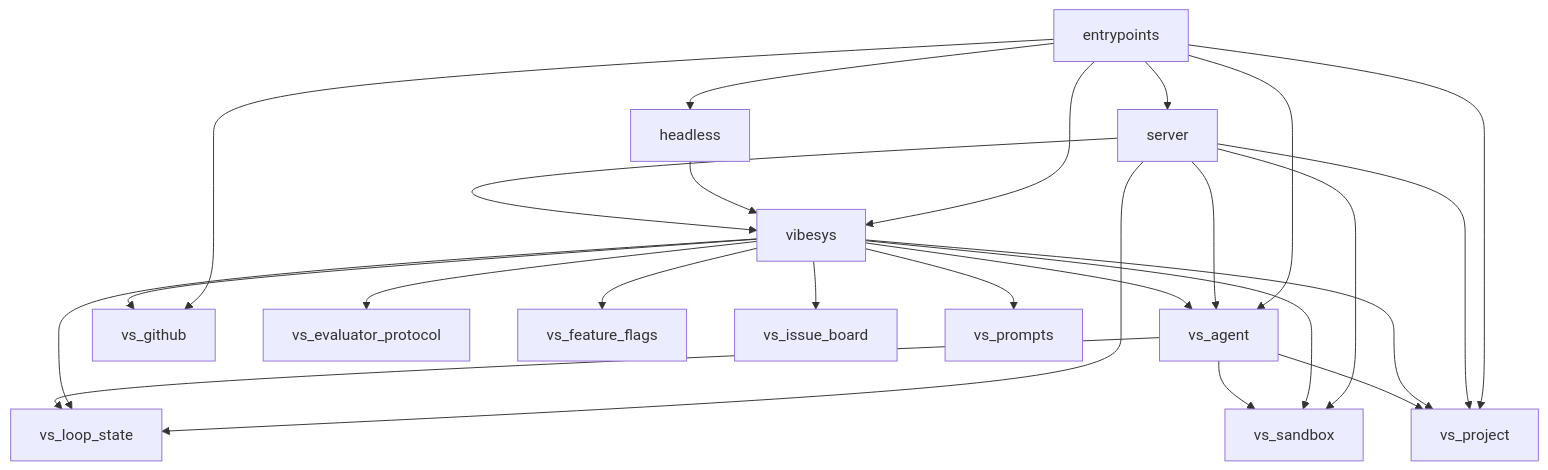
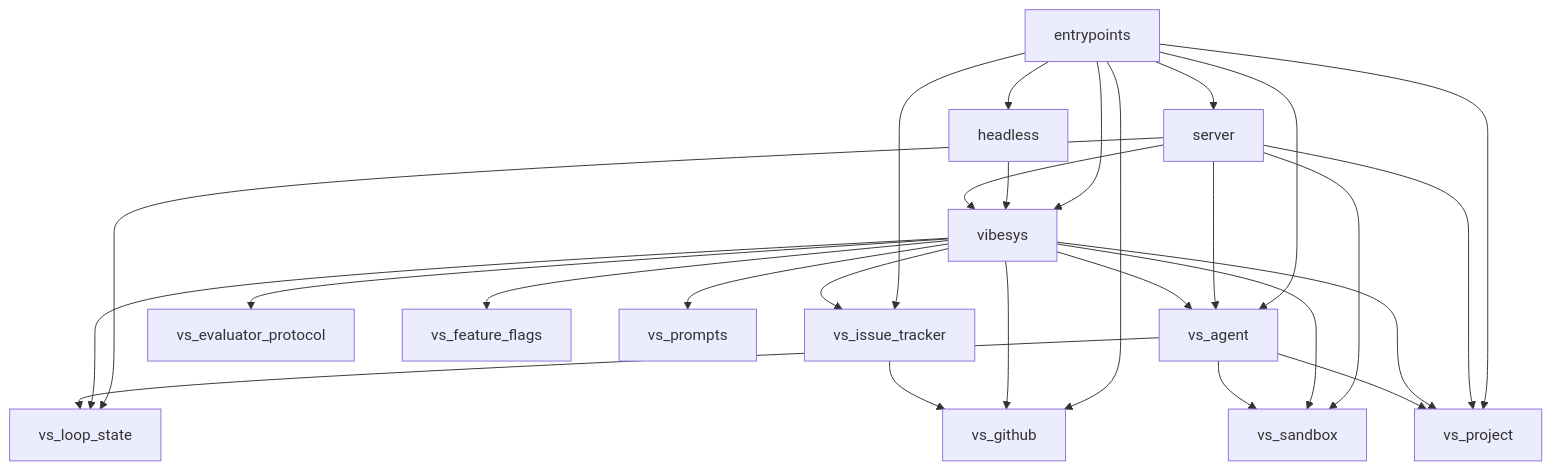
Before and after one commit to uw-syfi/vibesys: the first of 3 diagrams in docs/contributing/architecture.md, drawn with Mermaid. The commit also changed other lines of this file and 94 other files, not shown here.

First line of the commit message:
feat(issue-tracker): add GitHub persistence backend (#1001)

````diff
--- a/docs/contributing/architecture.md
+++ b/docs/contributing/architecture.md
@@ -38,27 +38,29 @@
 ```mermaid
 graph TD
     entrypoints --> headless
     entrypoints --> server
     entrypoints --> vibesys
     entrypoints --> vs_agent
     entrypoints --> vs_github
+    entrypoints --> vs_issue_tracker
     entrypoints --> vs_project
     headless --> vibesys
     server --> vibesys
     server --> vs_agent
     server --> vs_loop_state
     server --> vs_project
     server --> vs_sandbox
     vibesys --> vs_agent
     vibesys --> vs_evaluator_protocol
     vibesys --> vs_feature_flags
     vibesys --> vs_github
-    vibesys --> vs_issue_board
+    vibesys --> vs_issue_tracker
     vibesys --> vs_loop_state
     vibesys --> vs_project
     vibesys --> vs_prompts
     vibesys --> vs_sandbox
     vs_agent --> vs_loop_state
     vs_agent --> vs_project
     vs_agent --> vs_sandbox
+    vs_issue_tracker --> vs_github
 ```
````
